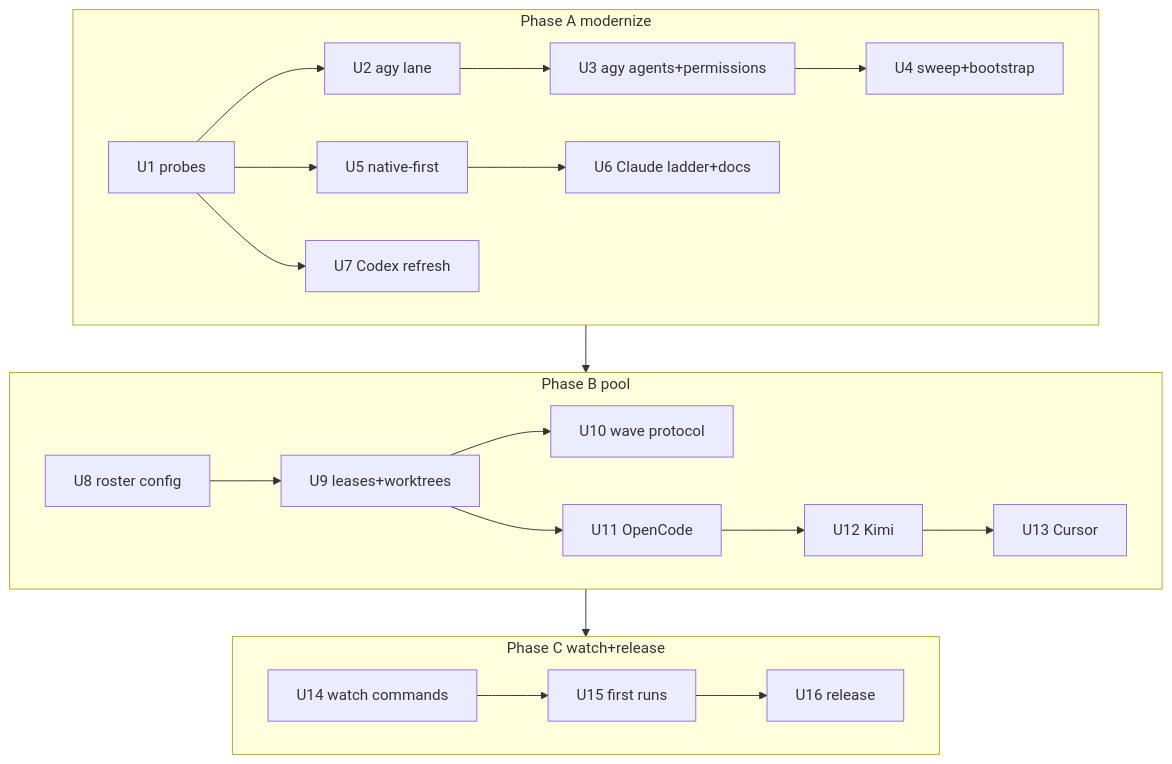
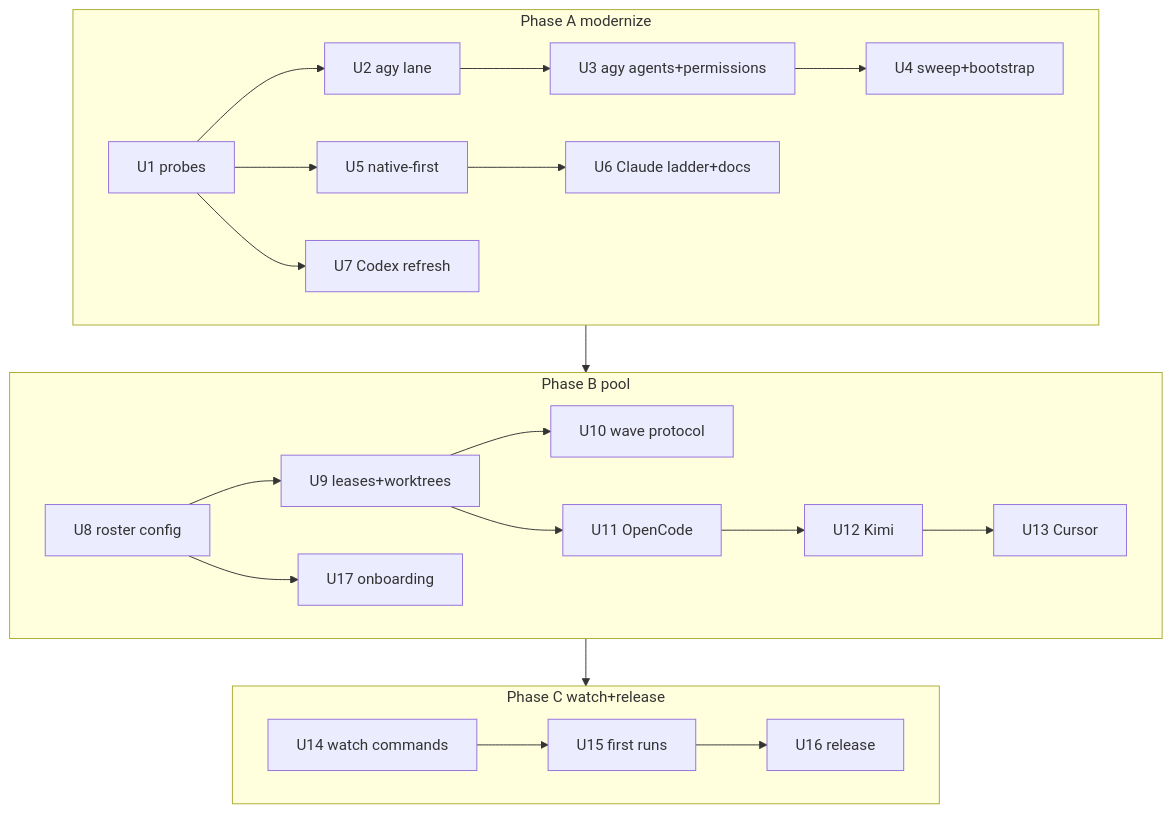
The fifth of 5 diagrams in docs/plans/2026-07-17-001-feat-cli-modernization-builder-pool-plan.md (Ninety2UA/agent-triforge), drawn with Mermaid before and after one commit. The commit also changed other lines of this file, not shown here.

First line of the commit message:
Harden v3 plan: model assignment, onboarding, and second review round

````diff
--- a/docs/plans/2026-07-17-001-feat-cli-modernization-builder-pool-plan.md
+++ b/docs/plans/2026-07-17-001-feat-cli-modernization-builder-pool-plan.md
@@ -297,17 +303,18 @@
 ```mermaid
 flowchart TB
   subgraph A[Phase A modernize]
     U1[U1 probes] --> U2[U2 agy lane] --> U3[U3 agy agents+permissions] --> U4[U4 sweep+bootstrap]
     U1 --> U5[U5 native-first]
     U5 --> U6[U6 Claude ladder+docs]
     U1 --> U7[U7 Codex refresh]
   end
   subgraph B[Phase B pool]
     U8[U8 roster config] --> U9[U9 leases+worktrees] --> U10[U10 wave protocol]
+    U8 --> U17[U17 onboarding]
     U9 --> U11[U11 OpenCode] --> U12[U12 Kimi] --> U13[U13 Cursor]
   end
   subgraph C[Phase C watch+release]
     U14[U14 watch commands] --> U15[U15 first runs] --> U16[U16 release]
   end
   A --> B --> C
 ```
````
